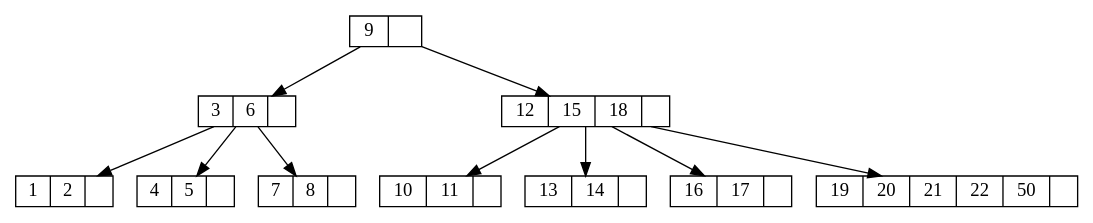
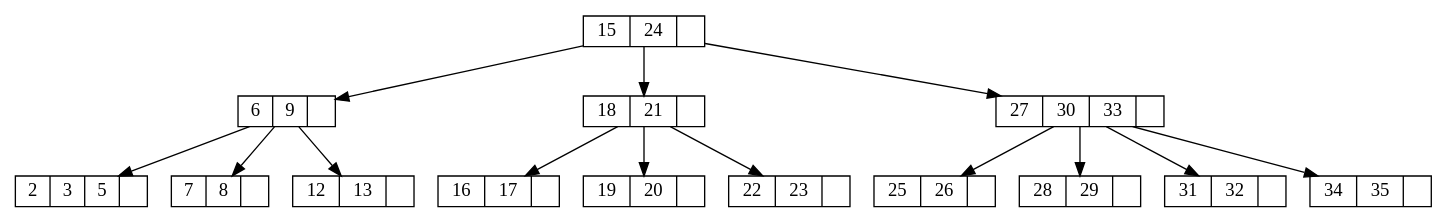
The diagram in TextFiles/NUMEROS.dot (Guillermo-O-C/EDD_1S20200_PY2_201801366), drawn with Graphviz before and after one commit. The commit also changed 9 other files, not shown here.

```diff
--- a/TextFiles/NUMEROS.dot
+++ b/TextFiles/NUMEROS.dot
@@ -1,21 +1,29 @@
 digraph G {
- node [shape = record,height=.1];9->3;
-3->1;
-3->4;
-3->7;
-9->12;
-12->10;
-12->13;
-12->16;
-12->19;
-9[label = "<f0>9|"];
-3[label = "<f0>3|<f1>6|"];
-1[label = "<f0>1|<f1>2|"];
-4[label = "<f0>4|<f1>5|"];
+ node [shape = record,height=.1];15->6;
+6->2;
+6->7;
+6->12;
+15->18;
+18->16;
+18->19;
+18->22;
+15->27;
+27->25;
+27->28;
+27->31;
+27->34;
+15[label = "<f0>15|<f1>24|"];
+6[label = "<f0>6|<f1>9|"];
+2[label = "<f0>2|<f1>3|<f2>5|"];
 7[label = "<f0>7|<f1>8|"];
-12[label = "<f0>12|<f1>15|<f2>18|"];
-10[label = "<f0>10|<f1>11|"];
-13[label = "<f0>13|<f1>14|"];
+12[label = "<f0>12|<f1>13|"];
+18[label = "<f0>18|<f1>21|"];
 16[label = "<f0>16|<f1>17|"];
-19[label = "<f0>19|<f1>20|<f2>21|<f3>22|<f4>50|"];
+19[label = "<f0>19|<f1>20|"];
+22[label = "<f0>22|<f1>23|"];
+27[label = "<f0>27|<f1>30|<f2>33|"];
+25[label = "<f0>25|<f1>26|"];
+28[label = "<f0>28|<f1>29|"];
+31[label = "<f0>31|<f1>32|"];
+34[label = "<f0>34|<f1>35|"];
 }
```
